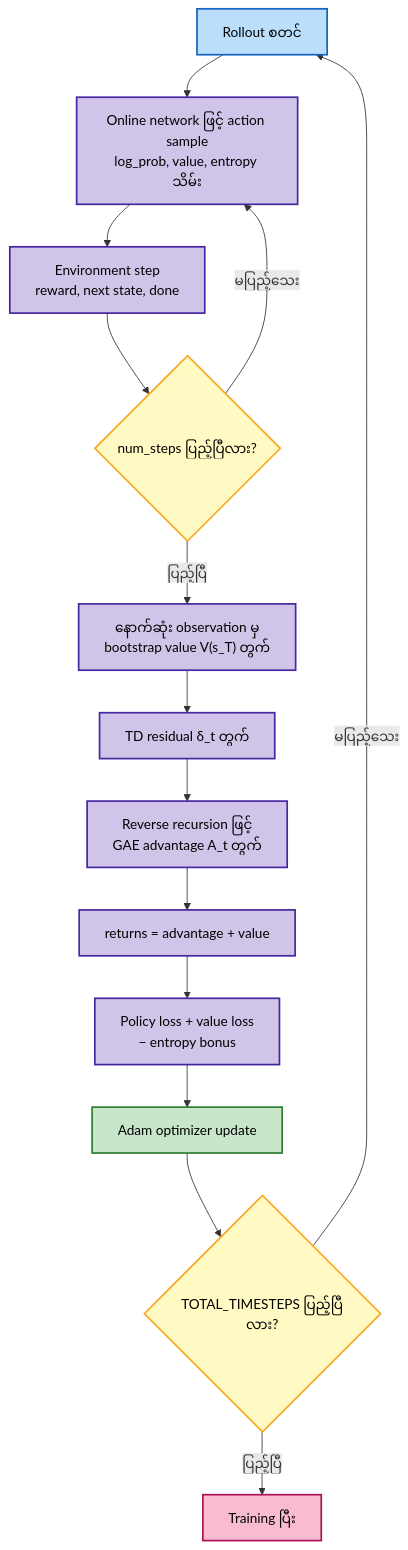
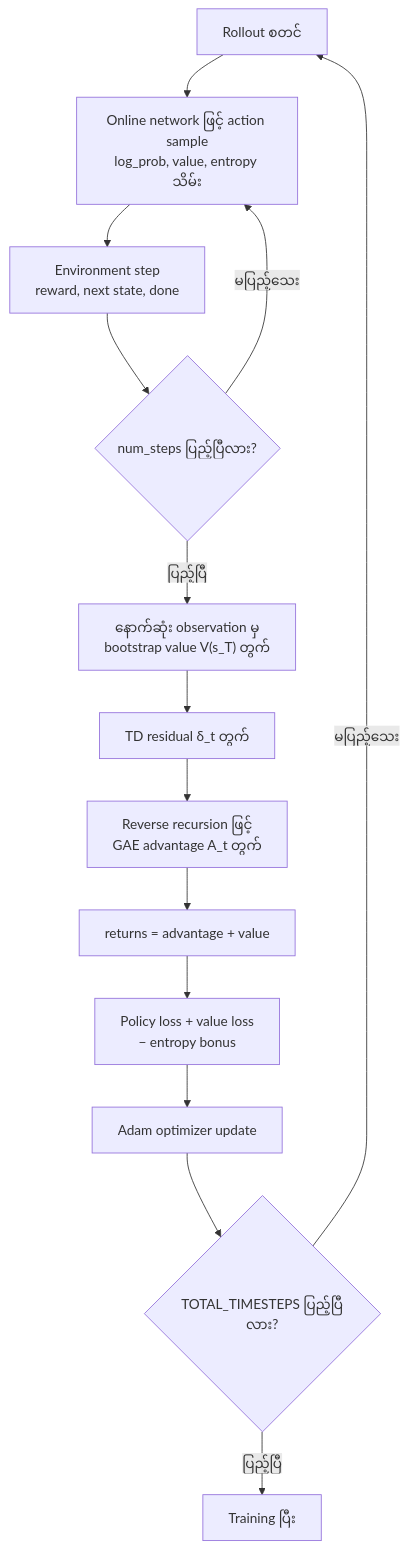
Before and after one commit to Open-Source-Robotics-For-Myanmar/rl: the second of 2 diagrams in rl_code/docker/07_gae/README.md, drawn with Mermaid. The commit also changed other lines of this file, not shown here.

````diff
--- a/rl_code/docker/07_gae/README.md
+++ b/rl_code/docker/07_gae/README.md
@@ -63,28 +54,17 @@
 ```mermaid
-flowchart TD
+graph TD
     START["Rollout စတင်"] --> STEP["Online network ဖြင့် action sample<br/>log_prob, value, entropy သိမ်း"]
     STEP --> ENV["Environment step<br/>reward, next state, done"]
     ENV --> MORE{"num_steps ပြည့်ပြီလား?"}
-    MORE -->|"မပြည့်သေး"| STEP
-    MORE -->|"ပြည့်ပြီ"| BOOT["နောက်ဆုံး observation မှ<br/>bootstrap value V(s_T) တွက်"]
+    MORE -->|မပြည့်သေး| STEP
+    MORE -->|ပြည့်ပြီ| BOOT["နောက်ဆုံး observation မှ<br/>bootstrap value V(s_T) တွက်"]
     BOOT --> DELTA["TD residual δ_t တွက်"]
     DELTA --> GAE["Reverse recursion ဖြင့်<br/>GAE advantage A_t တွက်"]
     GAE --> TARGET["returns = advantage + value"]
     TARGET --> LOSS["Policy loss + value loss<br/>− entropy bonus"]
     LOSS --> UPDATE["Adam optimizer update"]
     UPDATE --> CHECK{"TOTAL_TIMESTEPS ပြည့်ပြီလား?"}
-    CHECK -->|"မပြည့်သေး"| START
-    CHECK -->|"ပြည့်ပြီ"| FINISH["Training ပြီး"]
+    CHECK -->|မပြည့်သေး| START
+    CHECK -->|ပြည့်ပြီ| FINISH["Training ပြီး"]
 
-    classDef startStyle fill:#bbdefb,stroke:#1565c0,stroke-width:2px,color:#000
-    classDef processStyle fill:#d1c4e9,stroke:#4527a0,stroke-width:2px,color:#000
-    classDef decisionStyle fill:#fff9c4,stroke:#f9a825,stroke-width:2px,color:#000
-    classDef updateStyle fill:#c8e6c9,stroke:#2e7d32,stroke-width:2px,color:#000
-    classDef finishStyle fill:#f8bbd0,stroke:#ad1457,stroke-width:2px,color:#000
-
-    class START,FINISH startStyle
-    class STEP,ENV,BOOT,DELTA,GAE,TARGET,LOSS processStyle
-    class MORE,CHECK decisionStyle
-    class UPDATE updateStyle
-    class FINISH finishStyle
 ```
````
